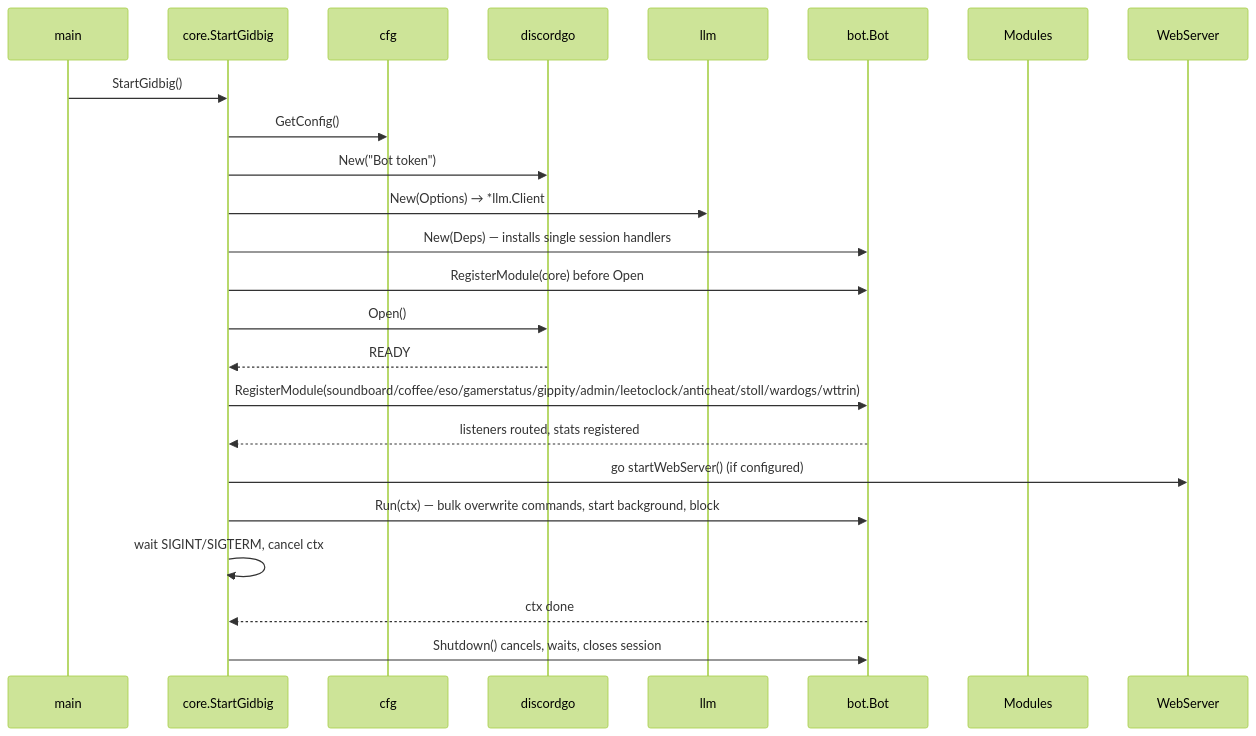
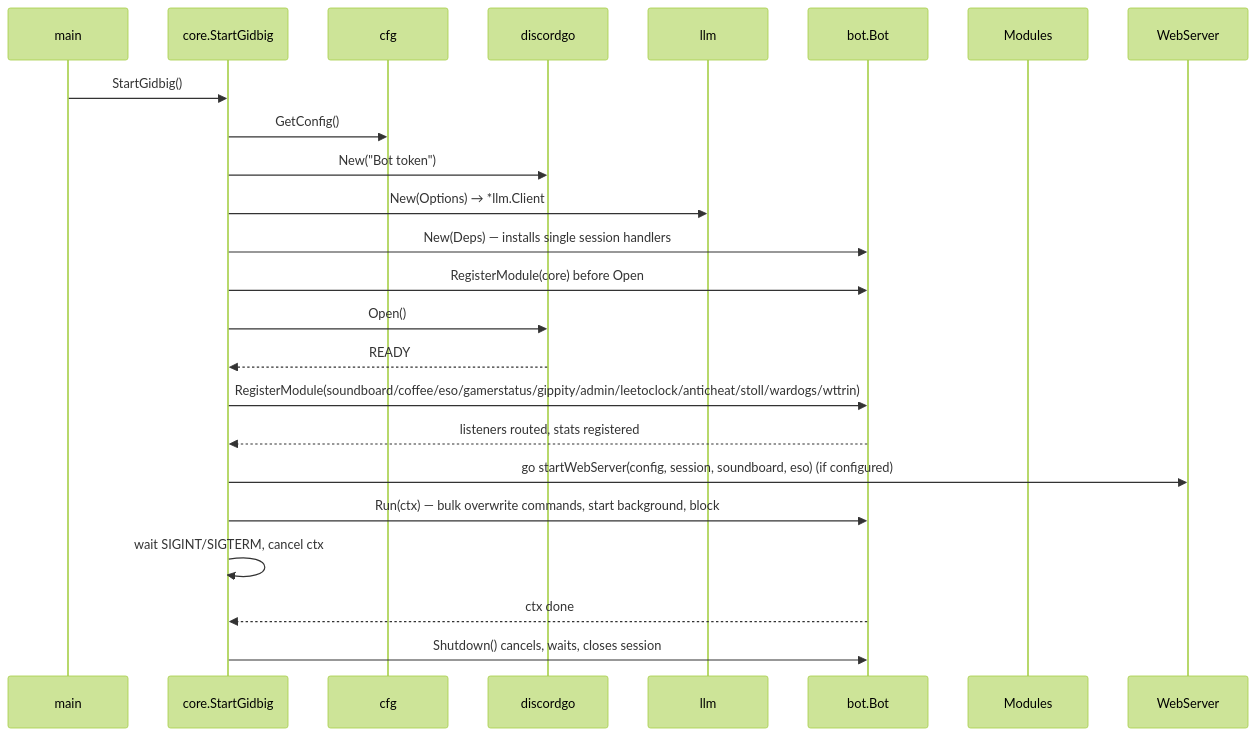
One commit to toksikk/gidbig changed the diagram in docs/modules/core.md. Above: the diagram before and after it, drawn with Mermaid (forest theme). The commit also changed 8 other files, not shown here.

First line of the commit message:
core (#328): inject the web server's modules and drop the globals

````diff
--- a/docs/modules/core.md
+++ b/docs/modules/core.md
@@ -24,27 +24,27 @@
 ```mermaid
 sequenceDiagram
     participant main
     participant core as core.StartGidbig
     participant cfg
     participant dg as discordgo
     participant llm
     participant bot as bot.Bot
     participant mod as Modules
     participant web as WebServer
 
     main->>core: StartGidbig()
     core->>cfg: GetConfig()
     core->>dg: New("Bot token")
     core->>llm: New(Options) → *llm.Client
     core->>bot: New(Deps) — installs single session handlers
     core->>bot: RegisterModule(core) before Open
     core->>dg: Open()
     dg-->>core: READY
     core->>bot: RegisterModule(soundboard/coffee/eso/gamerstatus/gippity/admin/leetoclock/anticheat/stoll/wardogs/wttrin)
     bot-->>core: listeners routed, stats registered
-    core->>web: go startWebServer() (if configured)
+    core->>web: go startWebServer(config, session, soundboard, eso) (if configured)
     core->>bot: Run(ctx) — bulk overwrite commands, start background, block
     core->>core: wait SIGINT/SIGTERM, cancel ctx
     bot-->>core: ctx done
     core->>bot: Shutdown() cancels, waits, closes session
 ```
````
